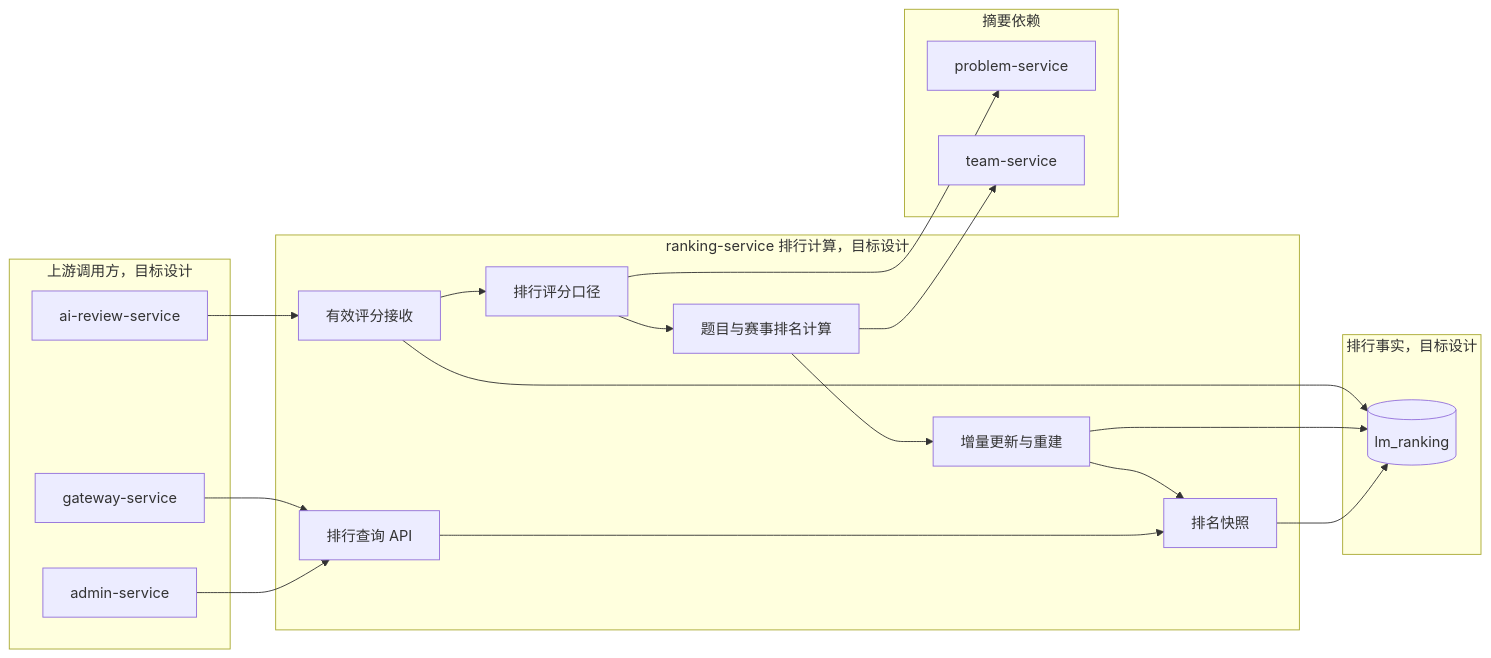
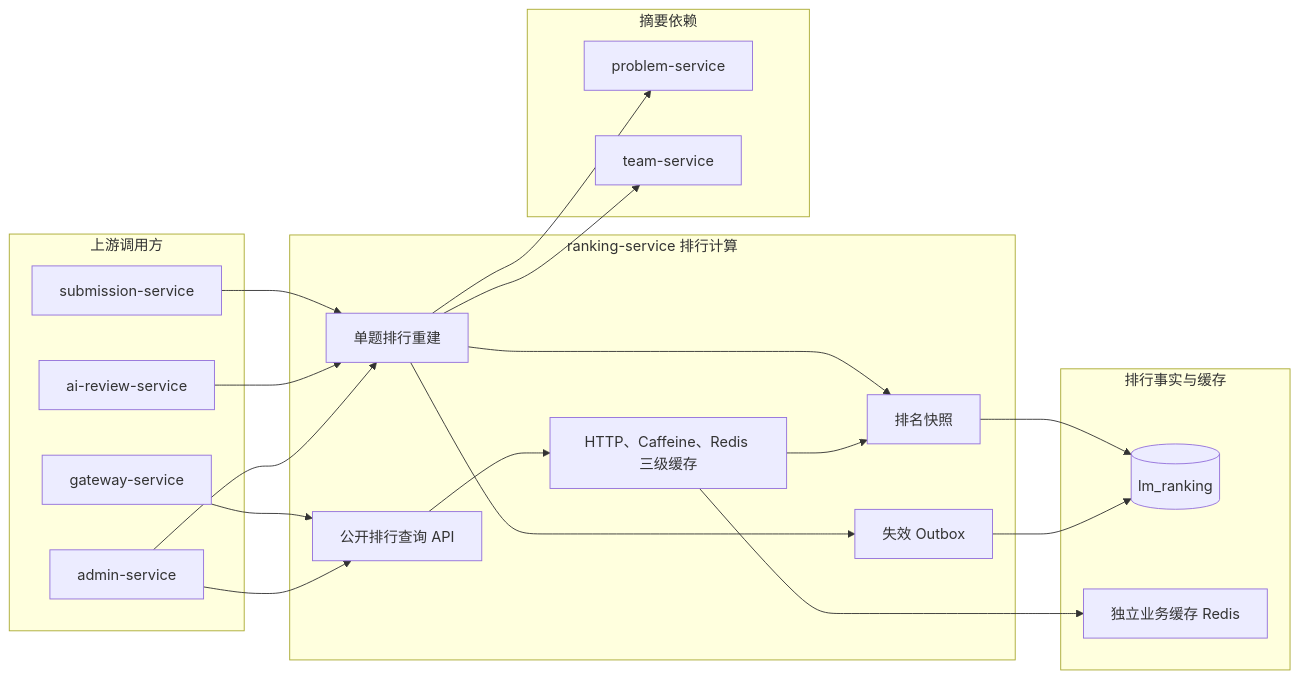
One commit to Dorian7Alden/LeetModel changed the diagram in docs/project/03-微服务设计/ranking-service/README.md. Above: the diagram before and after it, drawn with Mermaid. The commit also changed other lines of this file and 6 other files, not shown here.

````diff
--- a/docs/project/03-微服务设计/ranking-service/README.md
+++ b/docs/project/03-微服务设计/ranking-service/README.md
@@ -12,41 +7,43 @@
 ```mermaid
 flowchart LR
-    subgraph callers["上游调用方，目标设计"]
+    subgraph callers["上游调用方"]
+        submissionService["submission-service"]
         reviewService["ai-review-service"]
         apiGateway["gateway-service"]
         adminService["admin-service"]
     end
 
-    subgraph ranking["ranking-service 排行计算，目标设计"]
-        scoreInput["有效评分接收"]
-        scorePolicy["排行评分口径"]
-        rankCalculation["题目与赛事排名计算"]
-        rankUpdate["增量更新与重建"]
+    subgraph ranking["ranking-service 排行计算"]
+        rankRebuild["单题排行重建"]
         rankSnapshot["排名快照"]
-        queryApi["排行查询 API"]
+        queryApi["公开排行查询 API"]
+        tieredCache["HTTP、Caffeine、Redis 三级缓存"]
+        outbox["失效 Outbox"]
 
-        scoreInput --> scorePolicy
-        scorePolicy --> rankCalculation
-        rankCalculation --> rankUpdate
-        rankUpdate --> rankSnapshot
-        queryApi --> rankSnapshot
+        rankRebuild --> rankSnapshot
+        rankRebuild --> outbox
+        queryApi --> tieredCache
+        tieredCache --> rankSnapshot
     end
 
     subgraph dependencies["摘要依赖"]
         problemService["problem-service"]
         teamService["team-service"]
     end
 
-    subgraph data["排行事实，目标设计"]
+    subgraph data["排行事实与缓存"]
         rankingDatabase[(lm_ranking)]
+        cacheRedis["独立业务缓存 Redis"]
     end
 
-    reviewService --> scoreInput
+    submissionService --> rankRebuild
+    reviewService --> rankRebuild
     apiGateway --> queryApi
+    adminService --> rankRebuild
     adminService --> queryApi
-    scorePolicy --> problemService
-    rankCalculation --> teamService
-    scoreInput --> rankingDatabase
-    rankUpdate --> rankingDatabase
+    rankRebuild --> problemService
+    rankRebuild --> teamService
     rankSnapshot --> rankingDatabase
+    outbox --> rankingDatabase
+    tieredCache --> cacheRedis
 ```
````
